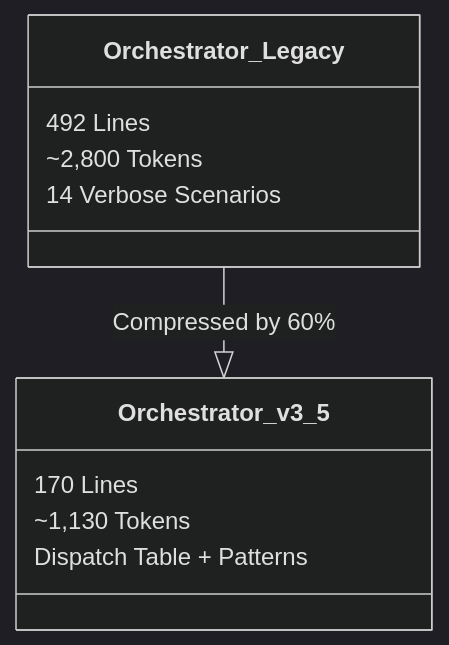
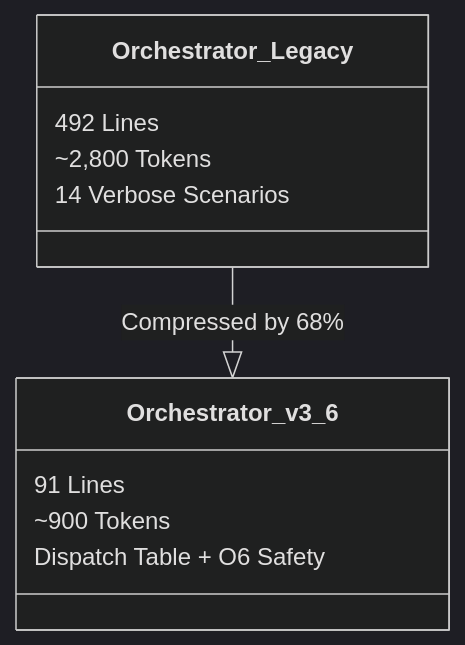
Before and after one commit to MatrixFounder/Agents-development: the third of 3 diagrams in docs/TOKEN_OPTIMIZATION_INFOGRAPHIC.md, drawn with Mermaid (dark theme). The commit also changed other lines of this file and 3 other files, not shown here.

````diff
--- a/docs/TOKEN_OPTIMIZATION_INFOGRAPHIC.md
+++ b/docs/TOKEN_OPTIMIZATION_INFOGRAPHIC.md
@@ -65,15 +65,15 @@
 ```mermaid
 classDiagram
     class Orchestrator_Legacy {
         492 Lines
         ~2,800 Tokens
         14 Verbose Scenarios
     }
-    class Orchestrator_v3_5 {
-        170 Lines
-        ~1,130 Tokens
-        Dispatch Table + Patterns
+    class Orchestrator_v3_6 {
+        91 Lines
+        ~900 Tokens
+        Dispatch Table + O6 Safety
     }
     
-    Orchestrator_Legacy --|> Orchestrator_v3_5 : Compressed by 60%
+    Orchestrator_Legacy --|> Orchestrator_v3_6 : Compressed by 68%
 ```
````
